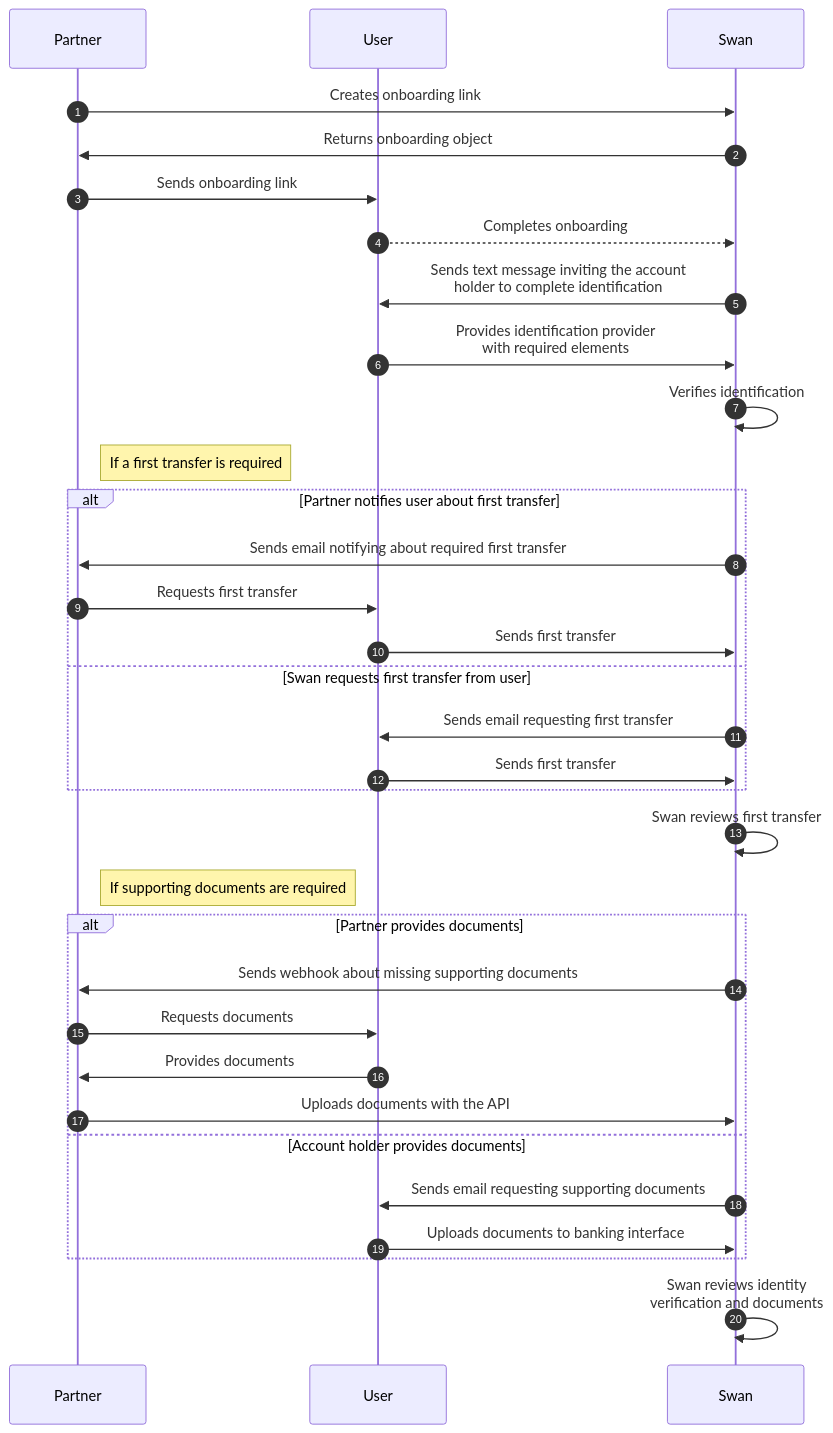
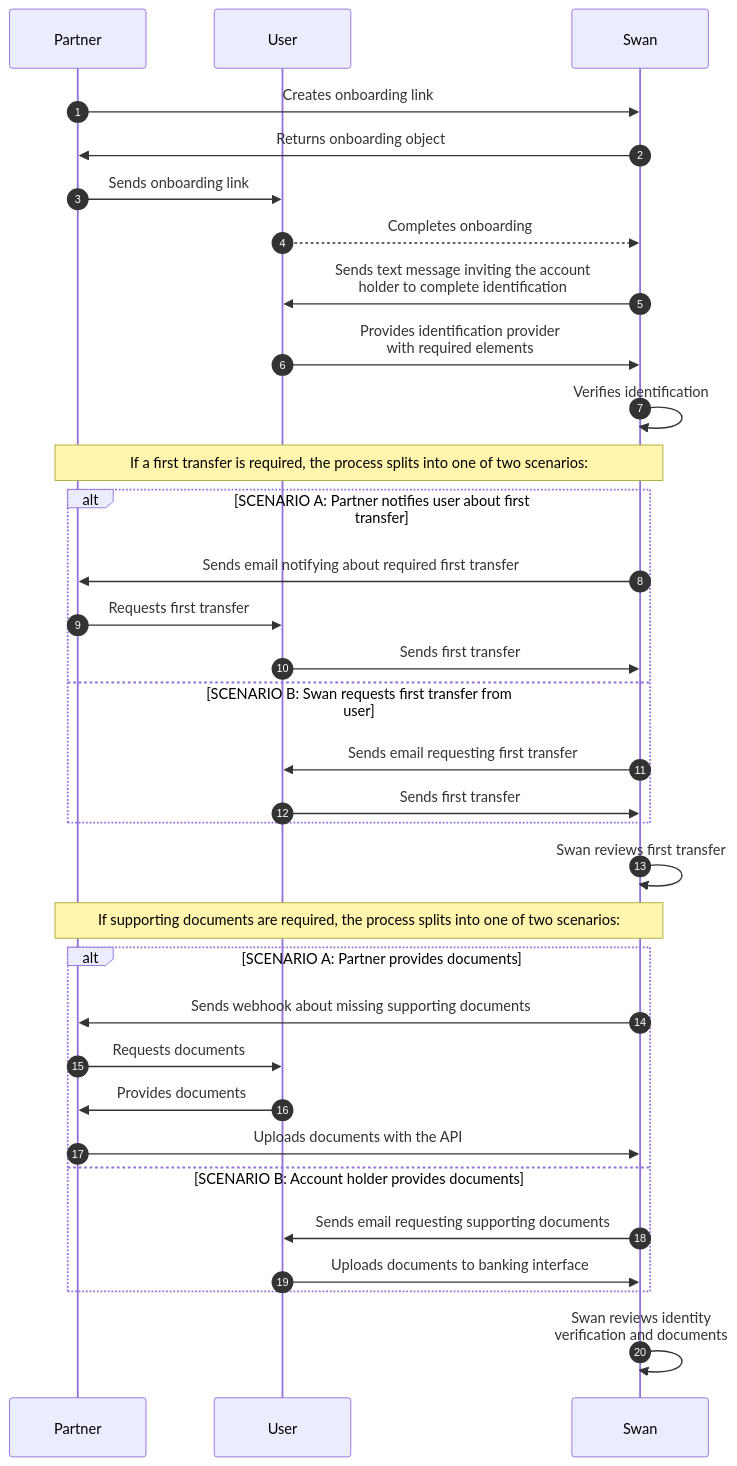
The second of 2 diagrams in docs/topics/onboarding/account-holders/index.mdx (swan-io/docs), drawn with Mermaid before and after one commit. The commit also changed other lines of this file, not shown here.

Commit message:
Updated intro to sequence and added a note

````diff
--- a/docs/topics/onboarding/account-holders/index.mdx
+++ b/docs/topics/onboarding/account-holders/index.mdx
@@ -164,36 +164,36 @@
 ```mermaid
 sequenceDiagram autoNumber
 participant P as Partner
 participant U as User
 participant S as Swan
     P ->> S: Creates onboarding link
     S ->> P: Returns onboarding object
     P ->> U: Sends onboarding link
     U -->> S: Completes onboarding
     S ->> U: Sends text message inviting the account<br/>holder to complete identification
     U ->> S: Provides identification provider<br/>with required elements
     S ->> S: Verifies identification
 
-    note right of P: If a first transfer is required
-    alt Partner notifies user about first transfer
+    note over P,S: If a first transfer is required, the process splits into one of two scenarios:
+    alt SCENARIO A: Partner notifies user about first transfer
         S ->> P: Sends email notifying about required first transfer
         P ->> U: Requests first transfer
         U ->> S: Sends first transfer
-    else Swan requests first transfer from user
+    else SCENARIO B: Swan requests first transfer from user
         S ->> U: Sends email requesting first transfer
         U ->> S: Sends first transfer
     end
     S ->> S: Swan reviews first transfer
 
-    note right of P: If supporting documents are required
-    alt Partner provides documents
+    note over P,S: If supporting documents are required, the process splits into one of two scenarios:
+    alt SCENARIO A: Partner provides documents
         S ->> P: Sends webhook about missing supporting documents
         P ->> U: Requests documents
         U ->> P: Provides documents
         P ->>S: Uploads documents with the API
-    else Account holder provides documents
+    else SCENARIO B: Account holder provides documents
         S ->> U: Sends email requesting supporting documents
         U ->> S: Uploads documents to banking interface
     end
     S ->> S: Swan reviews identity<br/>verification and documents
 ```
````
